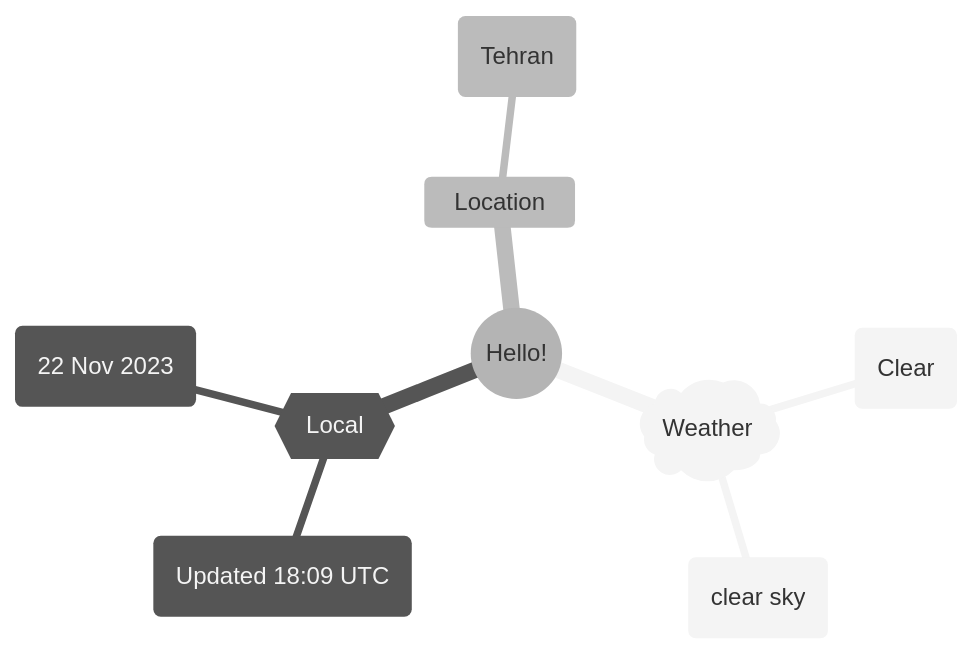
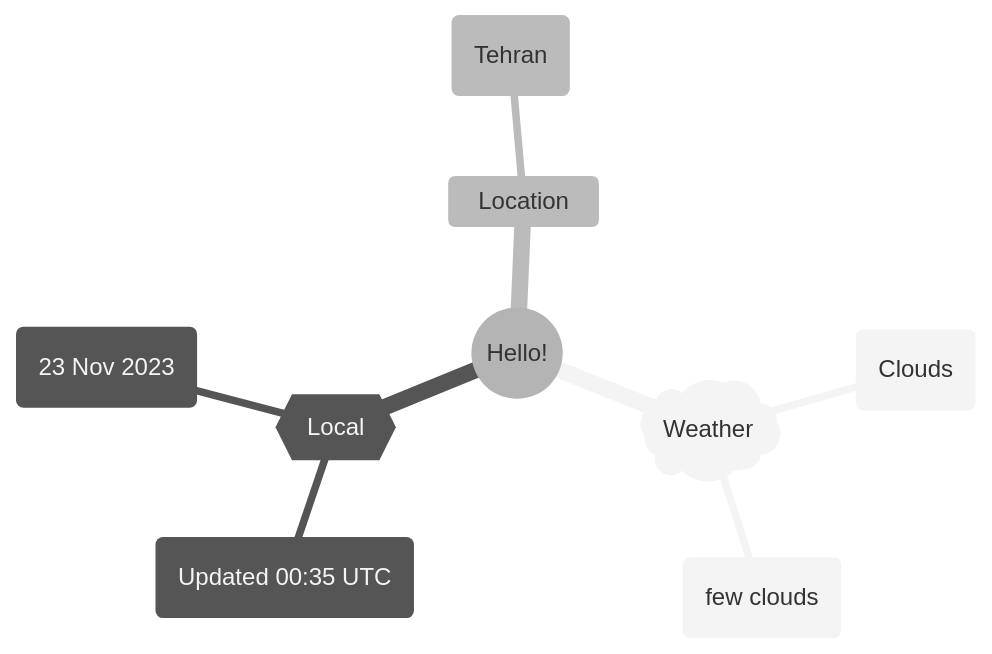
The first of 2 diagrams in README.md (Xosrov/Xosrov), drawn with Mermaid (neutral theme) before and after one commit.

Commit message:
[bot] updated images

````diff
--- a/README.md
+++ b/README.md
@@ -3,12 +3,12 @@
 ```mermaid
 mindmap
   root((Hello!))
     )Weather(
-        (Clear)
-        (clear sky)
+        (Clouds)
+        (few clouds)
     {{Local}}
-        (Updated 18:09 UTC)
-        (22 Nov 2023)
+        (Updated 00:35 UTC)
+        (23 Nov 2023)
     Location
         (Tehran)
 ```
````
